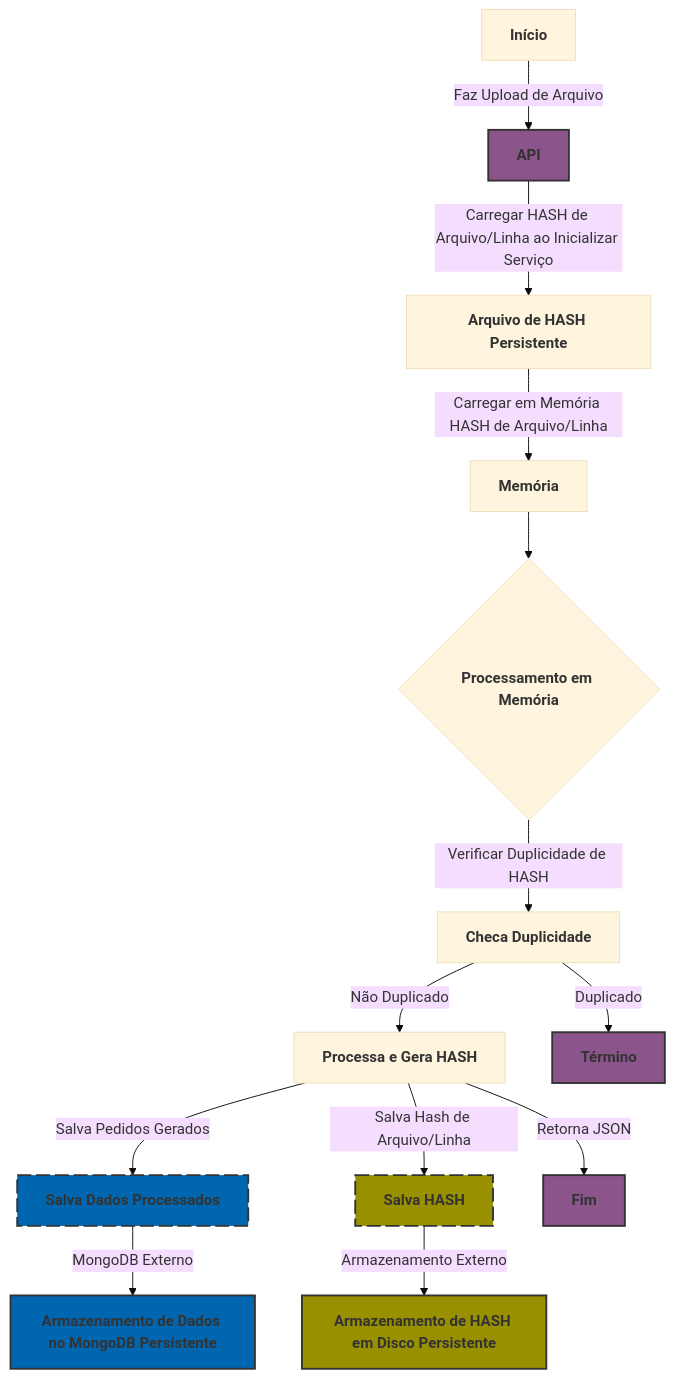
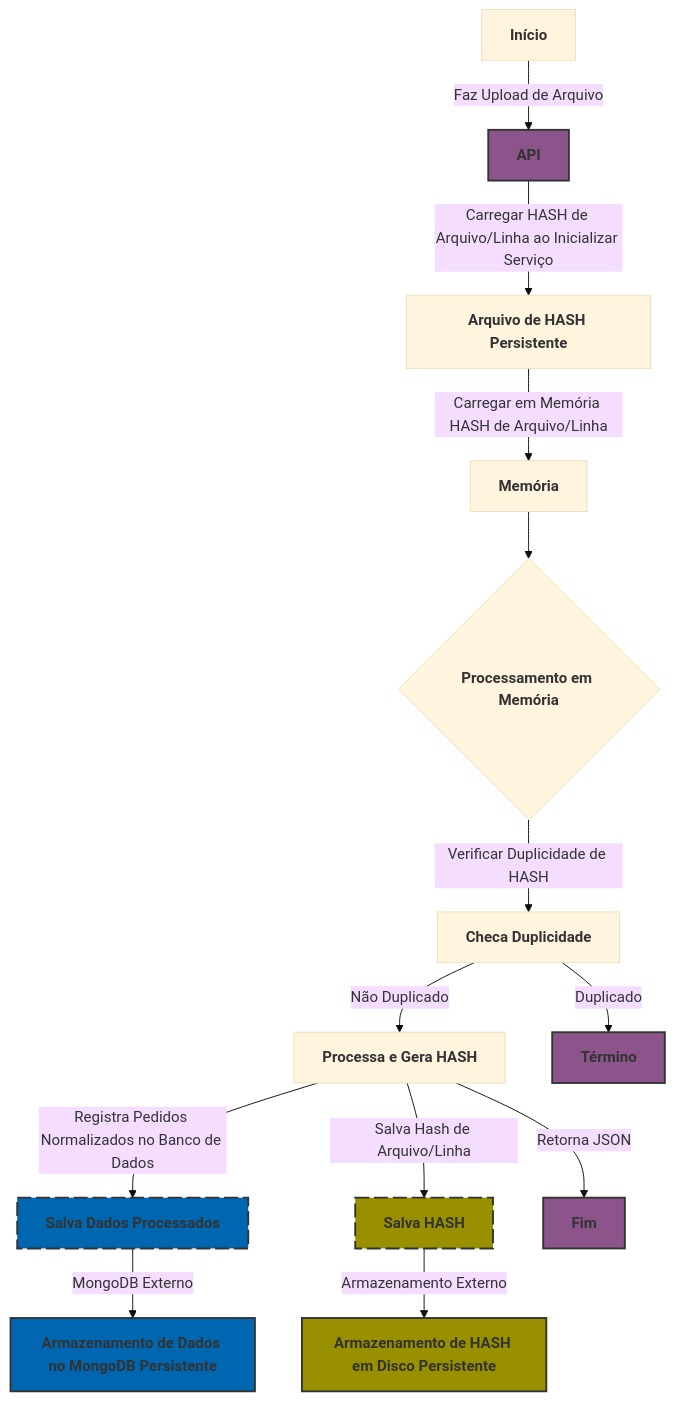
Before and after one commit to caputomarcos/luizalabs-logistics-challenge-order-api: the second of 2 diagrams in README.md, drawn with Mermaid (base theme).

````diff
--- a/README.md
+++ b/README.md
@@ -52,36 +52,36 @@
 ```mermaid
 graph TD
     A[Início] -->|Faz Upload de Arquivo| B[API]
     B -->|Carregar HASH de Arquivo/Linha ao Inicializar Serviço| C[Arquivo de HASH Persistente]
     C -->|Carregar em Memória HASH de Arquivo/Linha| D[Memória]
     D --> E{Processamento em Memória}
     E -->|Verificar Duplicidade de HASH| F[Checa Duplicidade]
     F -->|Não Duplicado| G[Processa e Gera HASH]
     F -->|Duplicado| H[Término]
-    G -->|Salva Pedidos Gerados| I[Salva Dados Processados]
+    G -->|Registra Pedidos Normalizados no Banco de Dados| I[Salva Dados Processados]
     G -->|Salva Hash de Arquivo/Linha| J[Salva HASH]
     G --> |Retorna JSON|M[Fim]
     I -->|MongoDB Externo| K[Armazenamento de Dados no MongoDB Persistente]
     J -->|Armazenamento Externo| L[Armazenamento de HASH em Disco Persistente]
 
     style B fill:#8b548b,stroke:#333,stroke-width:2px
     style H fill:#8b548b,stroke:#333,stroke-width:2px
     style I fill:#0066b0,stroke:#333,stroke-width:2px,stroke-dasharray: 15 5
     style J fill:#999000,stroke:#333,stroke-width:2px,stroke-dasharray: 15 5
     style K fill:#0066b0,stroke:#333,stroke-width:2px
     style L fill:#999000,stroke:#333,stroke-width:2px
     style M fill:#8b548b,stroke:#333,stroke-width:2px
     style A font-weight:bold, font-color:black
     style B font-weight:bold, font-color:black
     style C font-weight:bold, font-color:black
     style D font-weight:bold, font-color:black
     style E font-weight:bold, font-color:black
     style F font-weight:bold, font-color:black
     style G font-weight:bold, font-color:black
     style H font-weight:bold, font-color:black
     style I font-weight:bold, font-color:black
     style J font-weight:bold, font-color:black
     style K font-weight:bold, font-color:black
     style L font-weight:bold, font-color:black
     style M font-weight:bold, font-color:black
 ```
````
